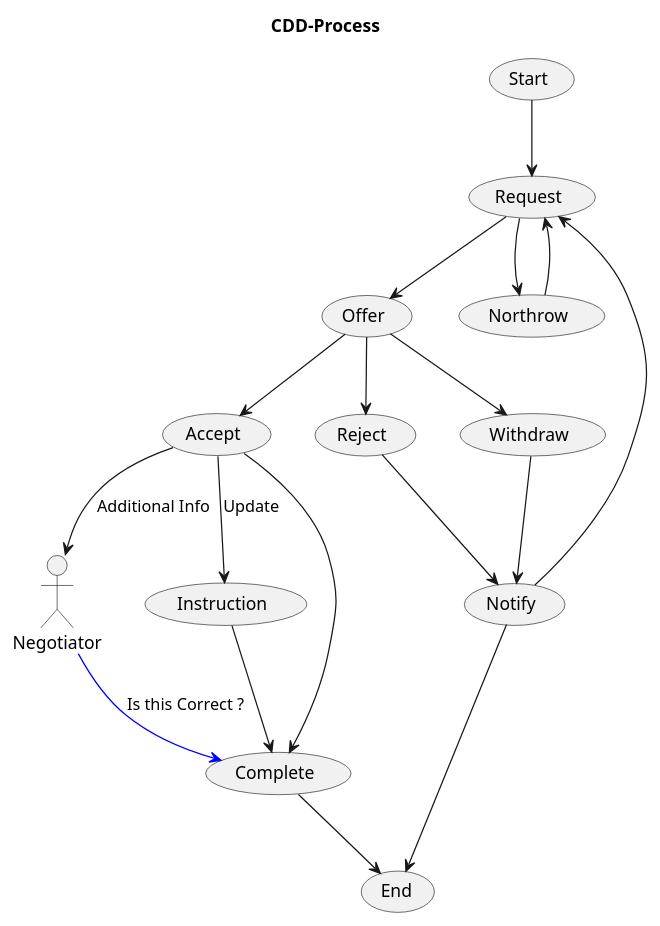
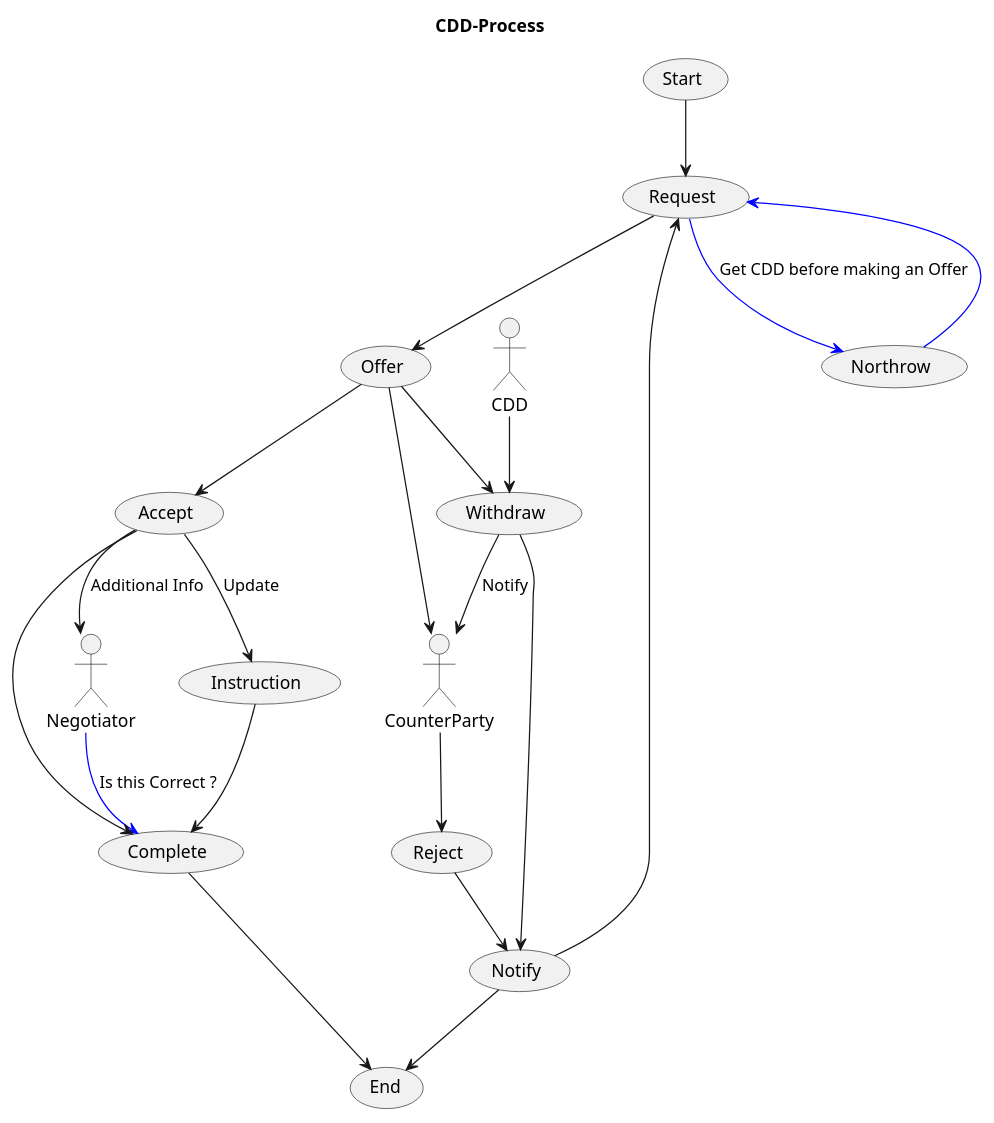
One commit to Kf-GaryNewport/Kf-GaryNewport.github.io changed the diagram in assets/CDD-Process.puml. Above: the diagram before and after it, drawn with PlantUML.

```diff
--- a/assets/CDD-Process.puml
+++ b/assets/CDD-Process.puml
@@ -1,28 +1,32 @@
 @startuml CDDProcess
 
 title CDD-Process
 
 (Start) --> (Request)
 (Request) --> (Offer)
-(Request) --> (Northrow)
-(Northrow) --> (Request)
+(Request) -[#0000FF]-> (Northrow) : Get CDD before making an Offer
+(Northrow) -[#0000FF]-> (Request)
 
 (Offer) --> (Accept)
-(Offer) --> (Reject)
+(Offer) --> CounterParty
+CounterParty --> (Reject)
 (Offer) --> (Withdraw)
+
+CDD --> (Withdraw)
+(Withdraw) --> CounterParty : Notify
 
 (Accept) --> Negotiator : Additional Info
 (Accept) --> (Instruction) : Update
 Negotiator -[#0000FF]-> (Complete) : Is this Correct ?
 (Instruction) --> (Complete) 
 
 (Reject) --> (Notify)
 (Withdraw) --> (Notify)
 
 (Notify) --> (Request)
 (Notify) --> (End)
 
 (Accept) --> (Complete)
 (Complete) --> (End)
 
 @enduml
```
